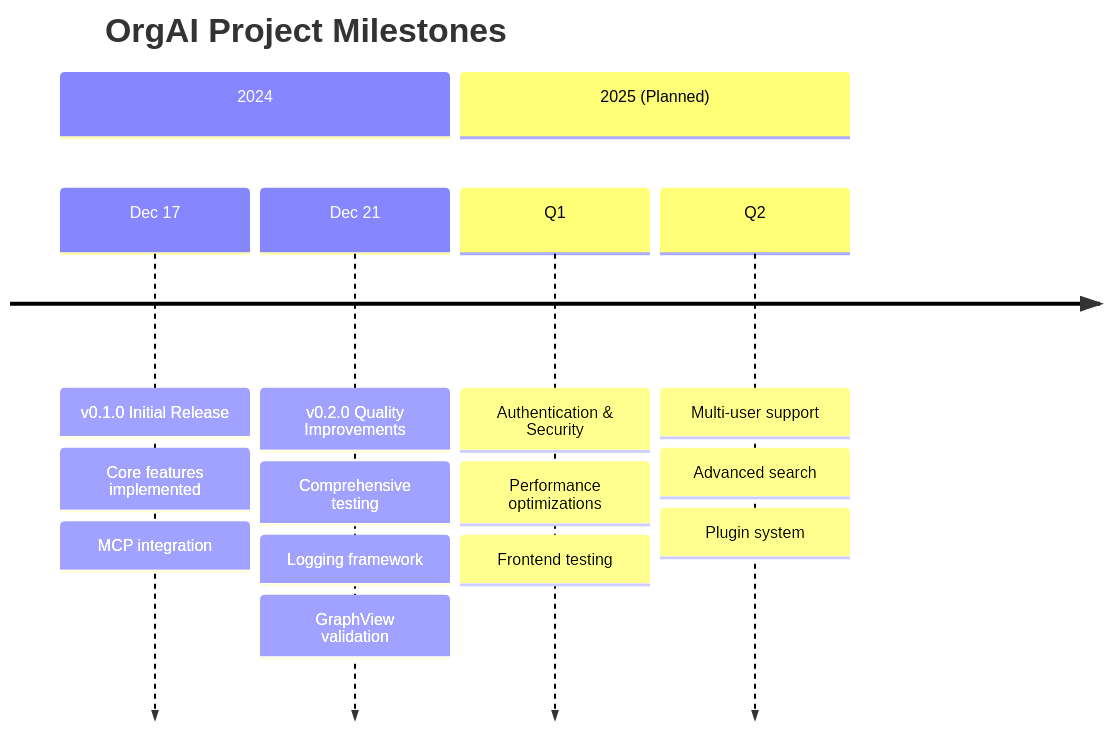
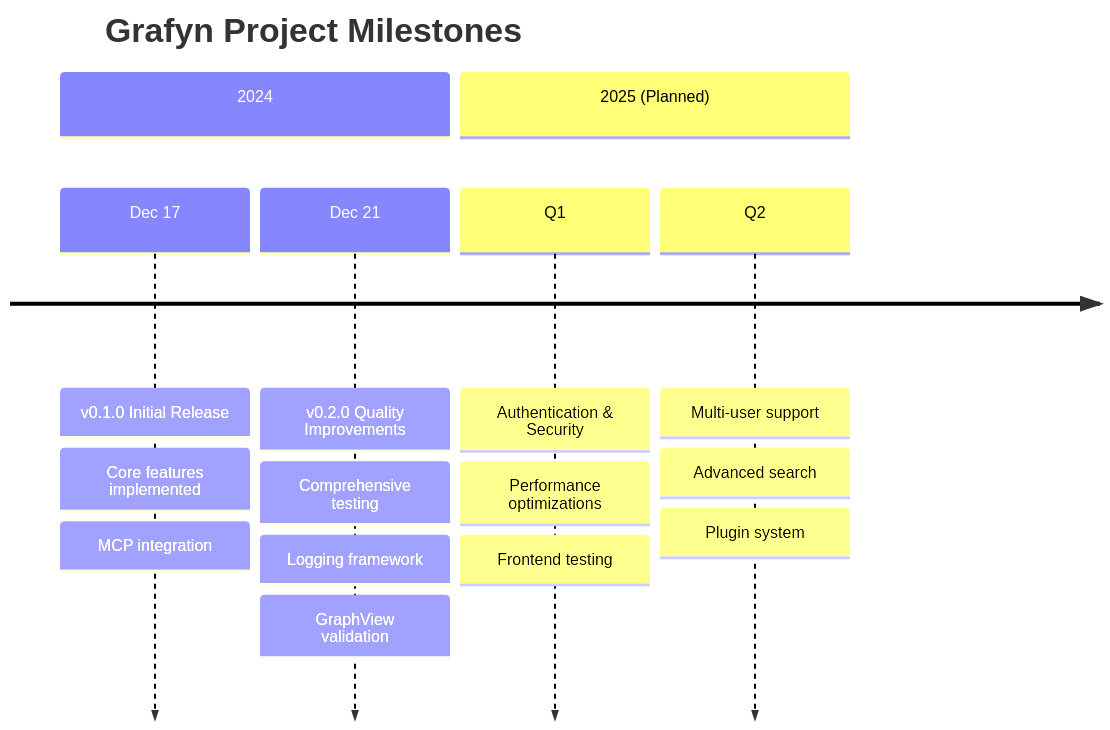
The diagram in memory-bank/01-project-context/milestones.md (WKJBryan/Grafyn), drawn with Mermaid before and after one commit. The commit also changed other lines of this file and 51 other files, not shown here.

````diff
--- a/memory-bank/01-project-context/milestones.md
+++ b/memory-bank/01-project-context/milestones.md
@@ -9,19 +9,19 @@
 ```mermaid
 timeline
-    title OrgAI Project Milestones
+    title Grafyn Project Milestones
     section 2024
       Dec 17 : v0.1.0 Initial Release
               : Core features implemented
               : MCP integration
       Dec 21 : v0.2.0 Quality Improvements
               : Comprehensive testing
               : Logging framework
               : GraphView validation
     section 2025 (Planned)
       Q1      : Authentication & Security
               : Performance optimizations
               : Frontend testing
       Q2      : Multi-user support
               : Advanced search
               : Plugin system
 ```
````
